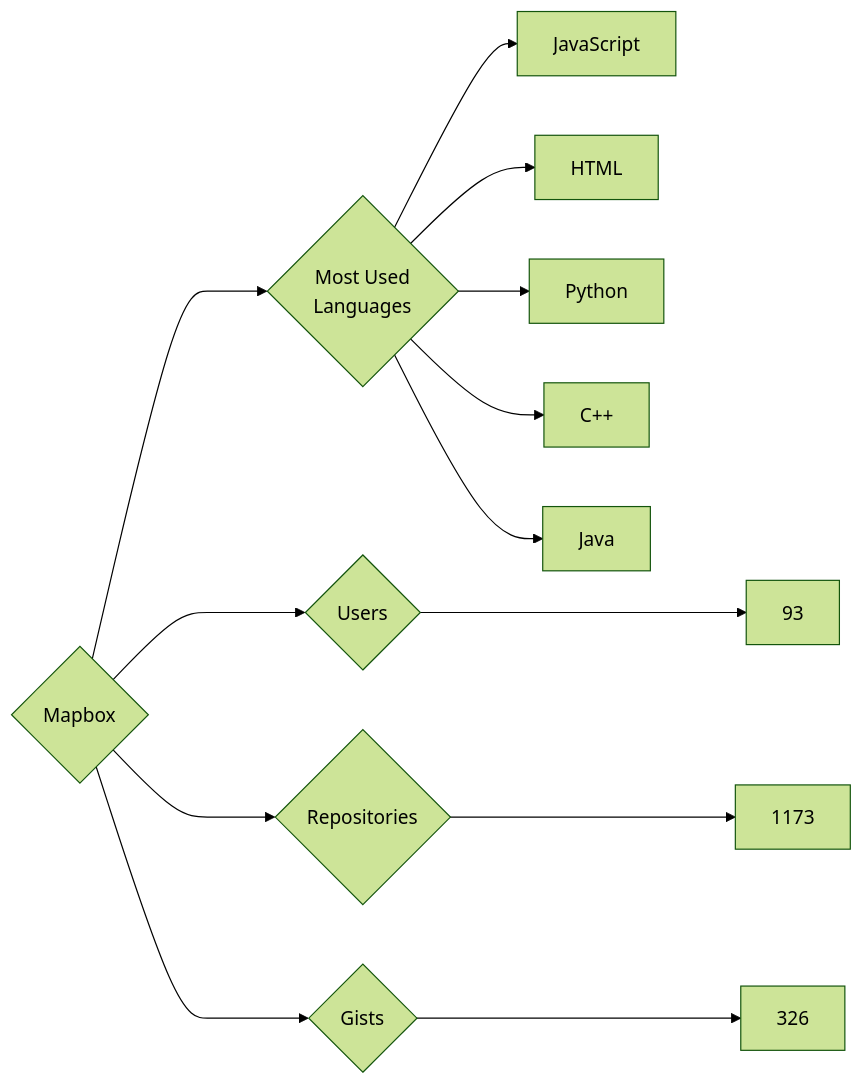
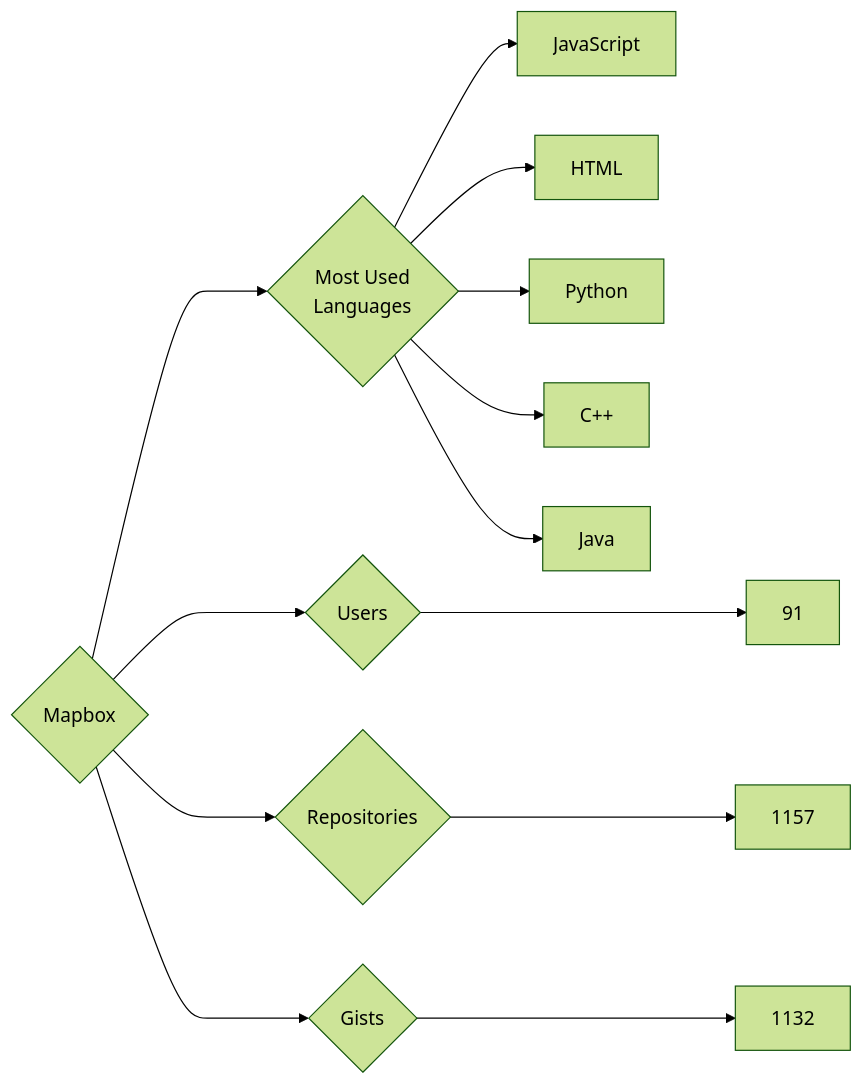
The diagram in targets/Mapbox/README.md (trickest/insiders), drawn with Mermaid (forest theme) before and after one commit. The commit also changed 728 other files, not shown here.

````diff
--- a/targets/Mapbox/README.md
+++ b/targets/Mapbox/README.md
@@ -3,13 +3,13 @@
 ```mermaid
 graph LR
 COMPANY_NAME{Mapbox}
-COMPANY_NAME ---> U{Users} ---> UN[93]
-COMPANY_NAME ---> R{Repositories} ---> RN[1173]
-COMPANY_NAME ---> G{Gists} ---> GN[326]
+COMPANY_NAME ---> U{Users} ---> UN[91]
+COMPANY_NAME ---> R{Repositories} ---> RN[1157]
+COMPANY_NAME ---> G{Gists} ---> GN[1132]
 COMPANY_NAME ---> ML{Most Used<br>Languages}
 ML --> JavaScript[JavaScript]
 ML --> HTML[HTML]
 ML --> Python[Python]
 ML --> C++[C++]
 ML --> Java[Java]
 ```
````
